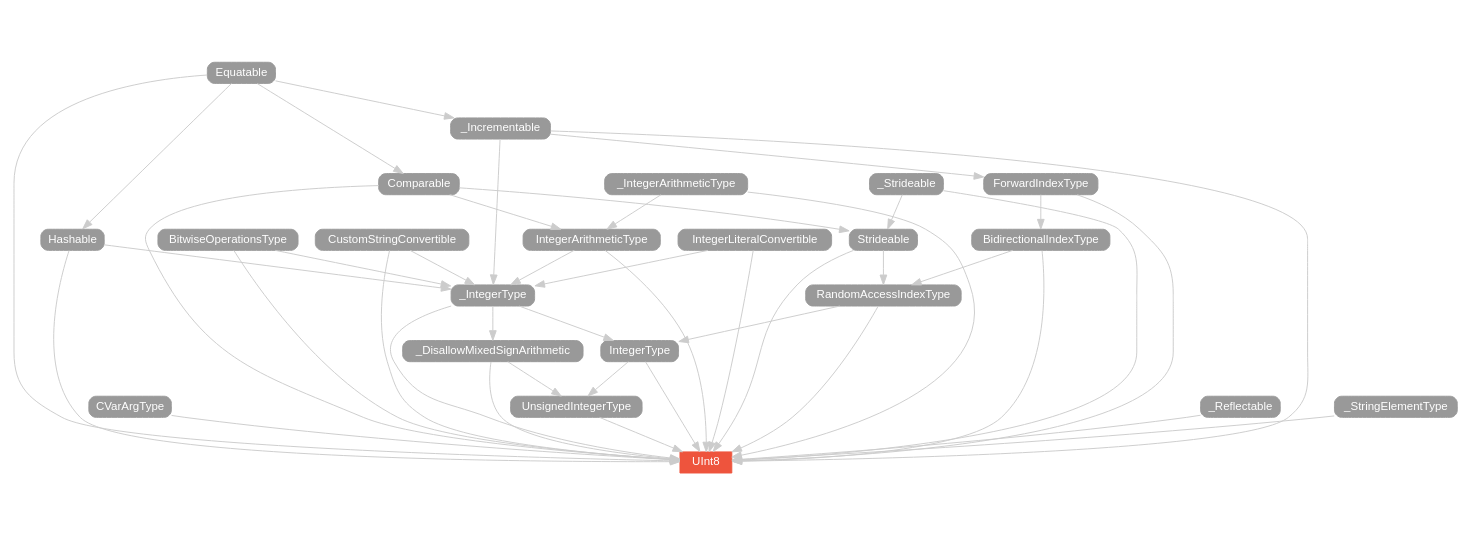
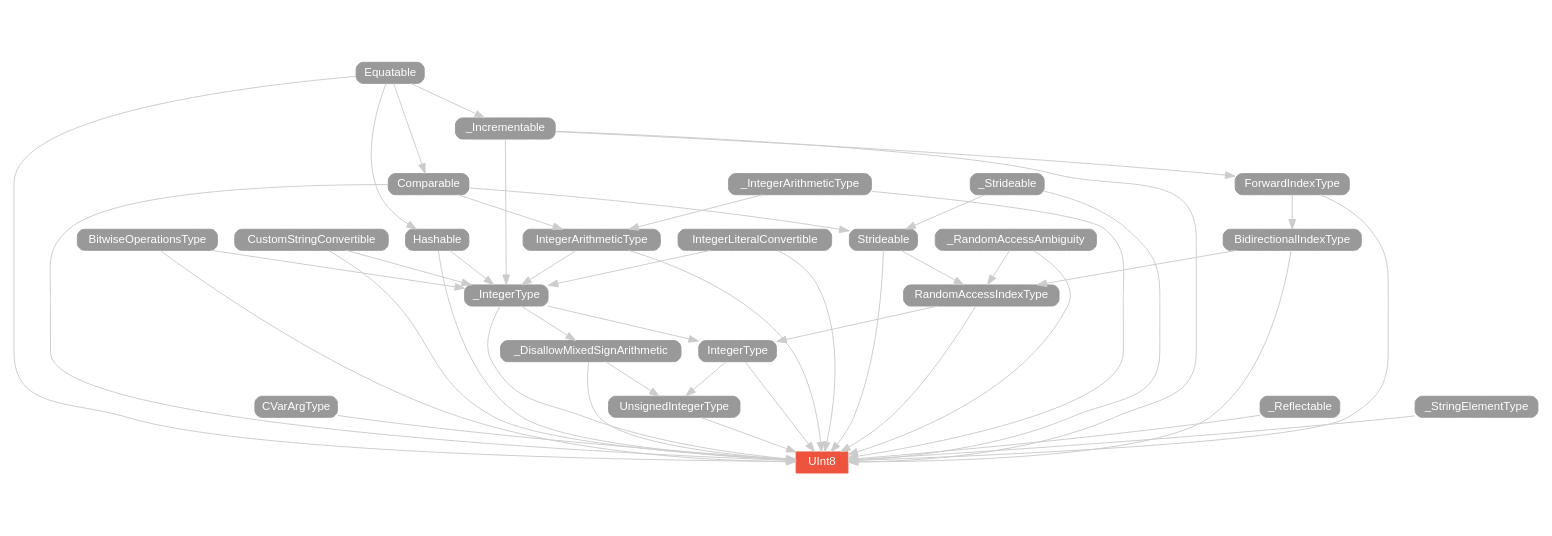
One commit to SwiftDoc/SwiftDoc.github.io changed the diagram in swift-2/type/UInt8/hierarchy/index.dot. Above: the diagram before and after it, drawn with Graphviz. The commit also changed 1189 other files, not shown here.

```diff
--- a/swift-2/type/UInt8/hierarchy/index.dot
+++ b/swift-2/type/UInt8/hierarchy/index.dot
@@ -1,151 +1,156 @@
 strict digraph "UInt8 - Type Hierarchy - SwiftDoc.org" {
     pad="0.1,0.8"
     node [shape=box, style="filled,rounded", color="#999999", fillcolor="#999999", fontcolor=white, fontname=Helvetica, fontnames="Helvetica,sansserif", fontsize=12, margin="0.07,0.05", height="0.3"]
     edge [color="#cccccc"]
     "BidirectionalIndexType" [URL="/protocol/BidirectionalIndexType/"]
     "BitwiseOperationsType" [URL="/protocol/BitwiseOperationsType/"]
     "CVarArgType" [URL="/protocol/CVarArgType/"]
     "Comparable" [URL="/protocol/Comparable/"]
     "CustomStringConvertible" [URL="/protocol/CustomStringConvertible/"]
     "Equatable" [URL="/protocol/Equatable/"]
     "ForwardIndexType" [URL="/protocol/ForwardIndexType/"]
     "Hashable" [URL="/protocol/Hashable/"]
     "IntegerArithmeticType" [URL="/protocol/IntegerArithmeticType/"]
     "IntegerLiteralConvertible" [URL="/protocol/IntegerLiteralConvertible/"]
     "IntegerType" [URL="/protocol/IntegerType/"]
     "RandomAccessIndexType" [URL="/protocol/RandomAccessIndexType/"]
     "Strideable" [URL="/protocol/Strideable/"]
     "UInt8" [URL="/type/UInt8/", style="filled", fillcolor="#ee543d", color="#ee543d"]
     "UnsignedIntegerType" [URL="/protocol/UnsignedIntegerType/"]
     "_DisallowMixedSignArithmetic" [URL="/protocol/_DisallowMixedSignArithmetic/"]
     "_Incrementable" [URL="/protocol/_Incrementable/"]
     "_IntegerArithmeticType" [URL="/protocol/_IntegerArithmeticType/"]
     "_IntegerType" [URL="/protocol/_IntegerType/"]
+    "_RandomAccessAmbiguity" [URL="/protocol/_RandomAccessAmbiguity/"]
     "_Reflectable" [URL="/protocol/_Reflectable/"]
     "_Strideable" [URL="/protocol/_Strideable/"]
     "_StringElementType" [URL="/protocol/_StringElementType/"]    "_IntegerArithmeticType" -> "UInt8"
     "Comparable" -> "UInt8"
     "Equatable" -> "UInt8"
     "_DisallowMixedSignArithmetic" -> "UInt8"
     "_IntegerType" -> "UInt8"
     "IntegerArithmeticType" -> "UInt8"
     "IntegerLiteralConvertible" -> "UInt8"
     "IntegerType" -> "UInt8"
     "UnsignedIntegerType" -> "UInt8"
     "Hashable" -> "UInt8"
     "CustomStringConvertible" -> "UInt8"
     "_Incrementable" -> "UInt8"
     "RandomAccessIndexType" -> "UInt8"
     "BidirectionalIndexType" -> "UInt8"
     "ForwardIndexType" -> "UInt8"
     "Strideable" -> "UInt8"
     "_Strideable" -> "UInt8"
+    "_RandomAccessAmbiguity" -> "UInt8"
     "BitwiseOperationsType" -> "UInt8"
     "_Reflectable" -> "UInt8"
     "_StringElementType" -> "UInt8"
     "CVarArgType" -> "UInt8"
     "Equatable" -> "Comparable"
     "_IntegerType" -> "_DisallowMixedSignArithmetic"
     "IntegerLiteralConvertible" -> "_IntegerType"
     "CustomStringConvertible" -> "_IntegerType"
     "Hashable" -> "_IntegerType"
     "IntegerArithmeticType" -> "_IntegerType"
     "BitwiseOperationsType" -> "_IntegerType"
     "_Incrementable" -> "_IntegerType"
     "Equatable" -> "Hashable"
     "_IntegerArithmeticType" -> "IntegerArithmeticType"
     "Comparable" -> "IntegerArithmeticType"
     "Equatable" -> "Comparable"
     "Equatable" -> "_Incrementable"
     "IntegerLiteralConvertible" -> "_IntegerType"
     "CustomStringConvertible" -> "_IntegerType"
     "Hashable" -> "_IntegerType"
     "IntegerArithmeticType" -> "_IntegerType"
     "BitwiseOperationsType" -> "_IntegerType"
     "_Incrementable" -> "_IntegerType"
     "Equatable" -> "Hashable"
     "_IntegerArithmeticType" -> "IntegerArithmeticType"
     "Comparable" -> "IntegerArithmeticType"
     "Equatable" -> "Comparable"
     "Equatable" -> "_Incrementable"
     "_IntegerArithmeticType" -> "IntegerArithmeticType"
     "Comparable" -> "IntegerArithmeticType"
     "Equatable" -> "Comparable"
     "_IntegerType" -> "IntegerType"
     "RandomAccessIndexType" -> "IntegerType"
     "IntegerLiteralConvertible" -> "_IntegerType"
     "CustomStringConvertible" -> "_IntegerType"
     "Hashable" -> "_IntegerType"
     "IntegerArithmeticType" -> "_IntegerType"
     "BitwiseOperationsType" -> "_IntegerType"
     "_Incrementable" -> "_IntegerType"
     "Equatable" -> "Hashable"
     "_IntegerArithmeticType" -> "IntegerArithmeticType"
     "Comparable" -> "IntegerArithmeticType"
     "Equatable" -> "Comparable"
     "Equatable" -> "_Incrementable"
     "BidirectionalIndexType" -> "RandomAccessIndexType"
     "Strideable" -> "RandomAccessIndexType"
+    "_RandomAccessAmbiguity" -> "RandomAccessIndexType"
     "ForwardIndexType" -> "BidirectionalIndexType"
     "_Incrementable" -> "ForwardIndexType"
     "Equatable" -> "_Incrementable"
     "Comparable" -> "Strideable"
     "_Strideable" -> "Strideable"
     "Equatable" -> "Comparable"
     "_DisallowMixedSignArithmetic" -> "UnsignedIntegerType"
     "IntegerType" -> "UnsignedIntegerType"
     "_IntegerType" -> "_DisallowMixedSignArithmetic"
     "IntegerLiteralConvertible" -> "_IntegerType"
     "CustomStringConvertible" -> "_IntegerType"
     "Hashable" -> "_IntegerType"
     "IntegerArithmeticType" -> "_IntegerType"
     "BitwiseOperationsType" -> "_IntegerType"
     "_Incrementable" -> "_IntegerType"
     "Equatable" -> "Hashable"
     "_IntegerArithmeticType" -> "IntegerArithmeticType"
     "Comparable" -> "IntegerArithmeticType"
     "Equatable" -> "Comparable"
     "Equatable" -> "_Incrementable"
     "_IntegerType" -> "IntegerType"
     "RandomAccessIndexType" -> "IntegerType"
     "IntegerLiteralConvertible" -> "_IntegerType"
     "CustomStringConvertible" -> "_IntegerType"
     "Hashable" -> "_IntegerType"
     "IntegerArithmeticType" -> "_IntegerType"
     "BitwiseOperationsType" -> "_IntegerType"
     "_Incrementable" -> "_IntegerType"
     "Equatable" -> "Hashable"
     "_IntegerArithmeticType" -> "IntegerArithmeticType"
     "Comparable" -> "IntegerArithmeticType"
     "Equatable" -> "Comparable"
     "Equatable" -> "_Incrementable"
     "BidirectionalIndexType" -> "RandomAccessIndexType"
     "Strideable" -> "RandomAccessIndexType"
+    "_RandomAccessAmbiguity" -> "RandomAccessIndexType"
     "ForwardIndexType" -> "BidirectionalIndexType"
     "_Incrementable" -> "ForwardIndexType"
     "Equatable" -> "_Incrementable"
     "Comparable" -> "Strideable"
     "_Strideable" -> "Strideable"
     "Equatable" -> "Comparable"
     "Equatable" -> "Hashable"
     "Equatable" -> "_Incrementable"
     "BidirectionalIndexType" -> "RandomAccessIndexType"
     "Strideable" -> "RandomAccessIndexType"
+    "_RandomAccessAmbiguity" -> "RandomAccessIndexType"
     "ForwardIndexType" -> "BidirectionalIndexType"
     "_Incrementable" -> "ForwardIndexType"
     "Equatable" -> "_Incrementable"
     "Comparable" -> "Strideable"
     "_Strideable" -> "Strideable"
     "Equatable" -> "Comparable"
     "ForwardIndexType" -> "BidirectionalIndexType"
     "_Incrementable" -> "ForwardIndexType"
     "Equatable" -> "_Incrementable"
     "_Incrementable" -> "ForwardIndexType"
     "Equatable" -> "_Incrementable"
     "Comparable" -> "Strideable"
     "_Strideable" -> "Strideable"
     "Equatable" -> "Comparable"
     subgraph Types {
         rank = max; "UInt8";
     }
 }
```
